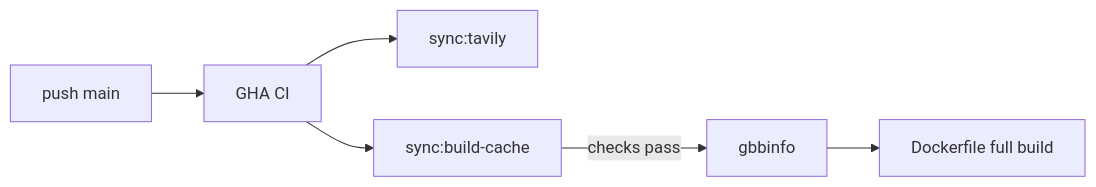
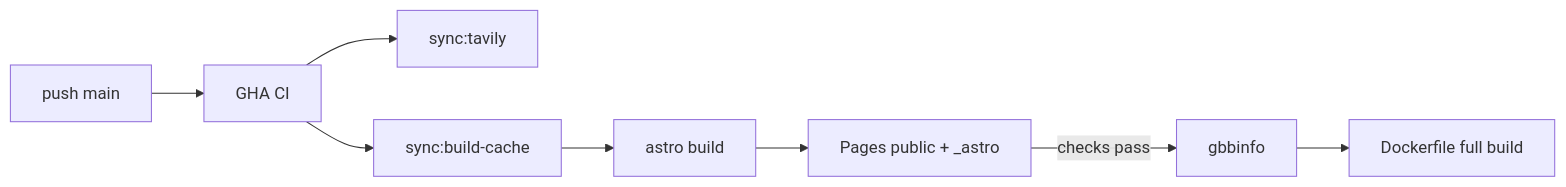
One commit to shumizu418128/gbbinfo4.0 changed the diagram in README.md. Above: the diagram before and after it, drawn with Mermaid. The commit also changed other lines of this file and 12 other files, not shown here.

````diff
--- a/README.md
+++ b/README.md
@@ -90,8 +92,10 @@
 ```mermaid
 flowchart LR
   push[push main] --> gha[GHA CI]
   gha --> tavily[sync:tavily]
   gha --> cache[sync:build-cache]
-  cache -->|checks pass| render[gbbinfo]
+  cache --> build[astro build]
+  build --> pages[Pages public + _astro]
+  pages -->|checks pass| render[gbbinfo]
   render --> docker[Dockerfile full build]
 ```
````
